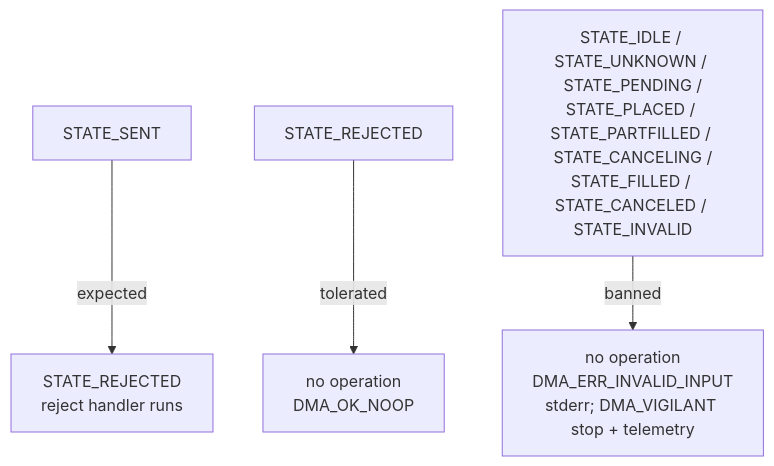
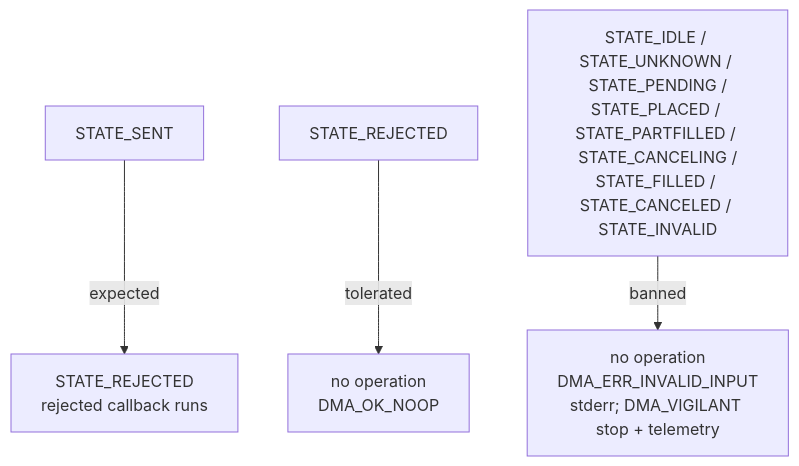
The seventh of 11 diagrams in algo_engine/engine/orderstate_flow.md (BolunHan/PyAlgoEngine), drawn with Mermaid before and after one commit. The commit also changed other lines of this file and 1 other file, not shown here.

````diff
--- a/algo_engine/engine/orderstate_flow.md
+++ b/algo_engine/engine/orderstate_flow.md
@@ -198,6 +200,6 @@
 ```mermaid
 flowchart TD
-    A["STATE_SENT"] -->|expected| R1["STATE_REJECTED<br/>reject handler runs"]
+    A["STATE_SENT"] -->|expected| R1["STATE_REJECTED<br/>rejected callback runs"]
     B["STATE_REJECTED"] -->|tolerated| R2["no operation<br/>DMA_OK_NOOP"]
     C["STATE_IDLE / STATE_UNKNOWN / STATE_PENDING /<br/>STATE_PLACED / STATE_PARTFILLED / STATE_CANCELING /<br/>STATE_FILLED / STATE_CANCELED / STATE_INVALID"] -->|banned| R3["no operation<br/>DMA_ERR_INVALID_INPUT<br/>stderr; DMA_VIGILANT stop + telemetry"]
 ```
````
